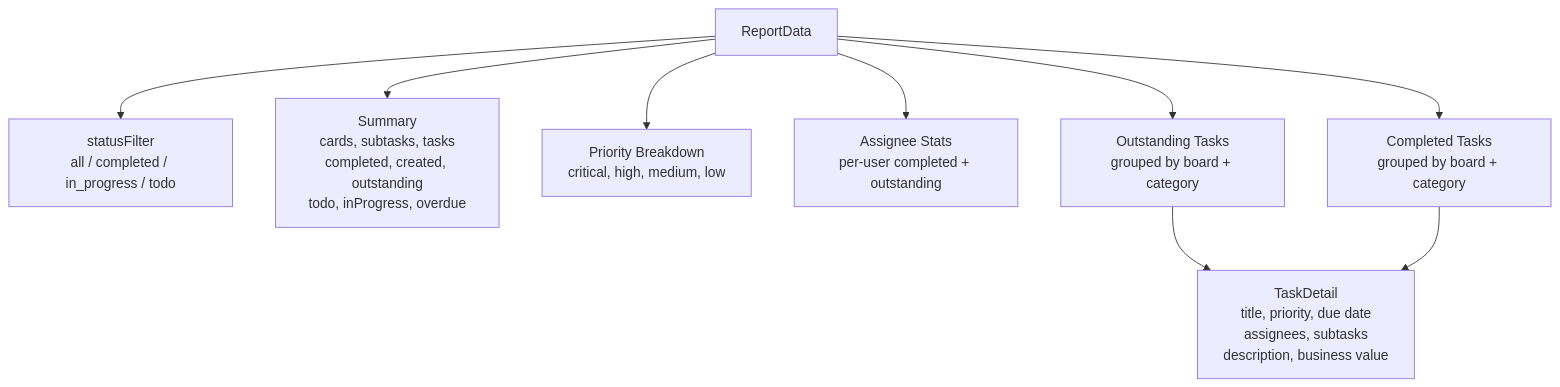
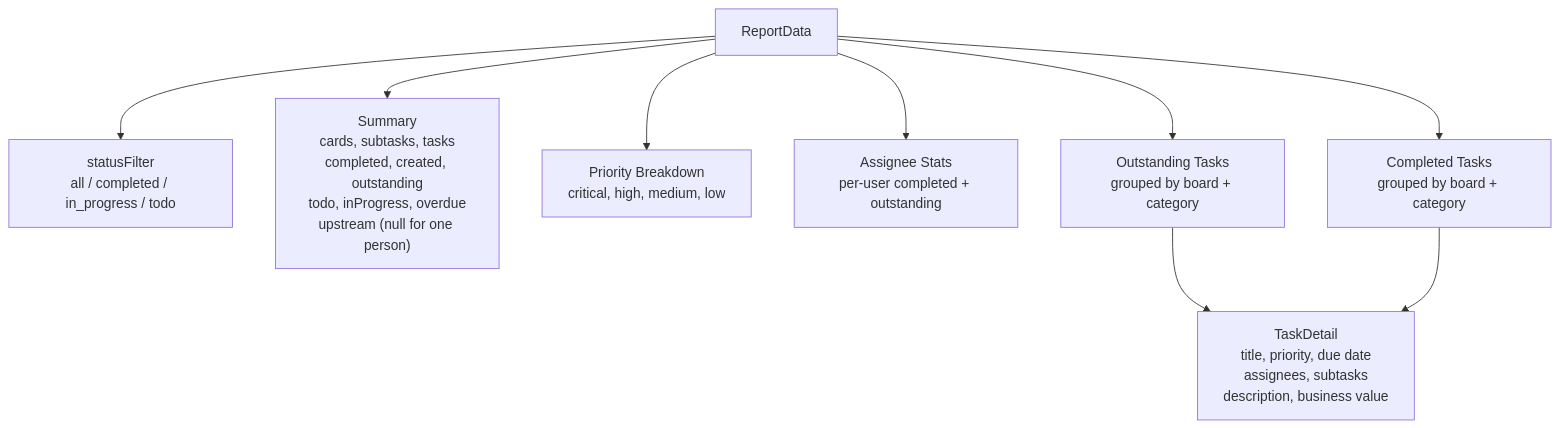
Diagram 18 of 19 in docs/backup-reporting.md (gitBoon/DumpFire), drawn with Mermaid before and after one commit. The commit also changed other lines of this file and 38 other files, not shown here.

````diff
--- a/docs/backup-reporting.md
+++ b/docs/backup-reporting.md
@@ -1189,13 +1189,13 @@
 ```mermaid
 flowchart TD
     ReportData["ReportData"]
     ReportData --> Filter["statusFilter\nall / completed / in_progress / todo"]
-    ReportData --> Summary["Summary\ncards, subtasks, tasks\ncompleted, created, outstanding\ntodo, inProgress, overdue"]
+    ReportData --> Summary["Summary\ncards, subtasks, tasks\ncompleted, created, outstanding\ntodo, inProgress, overdue\nupstream (null for one person)"]
     ReportData --> Priority["Priority Breakdown\ncritical, high, medium, low"]
     ReportData --> Assignees["Assignee Stats\nper-user completed + outstanding"]
     ReportData --> Outstanding["Outstanding Tasks\ngrouped by board + category"]
     ReportData --> Completed["Completed Tasks\ngrouped by board + category"]
 
     Outstanding --> TaskDetail["TaskDetail\ntitle, priority, due date\nassignees, subtasks\ndescription, business value"]
     Completed --> TaskDetail
 ```
````
